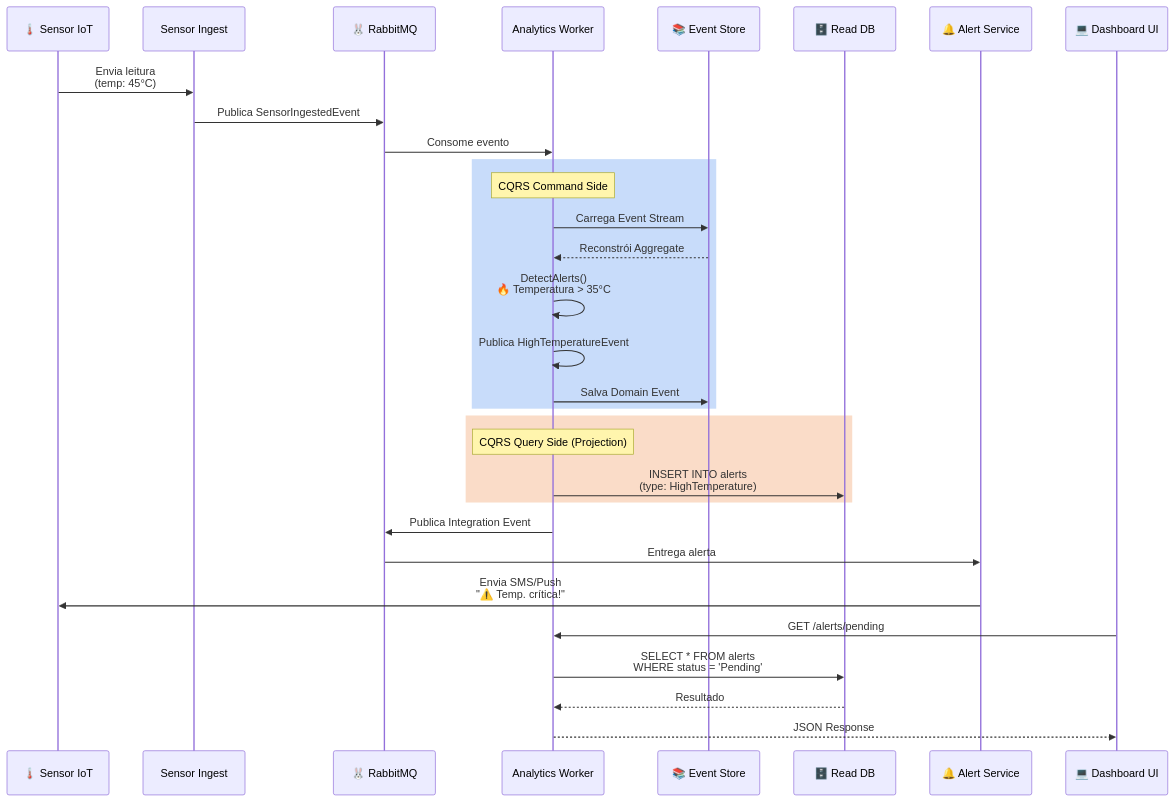
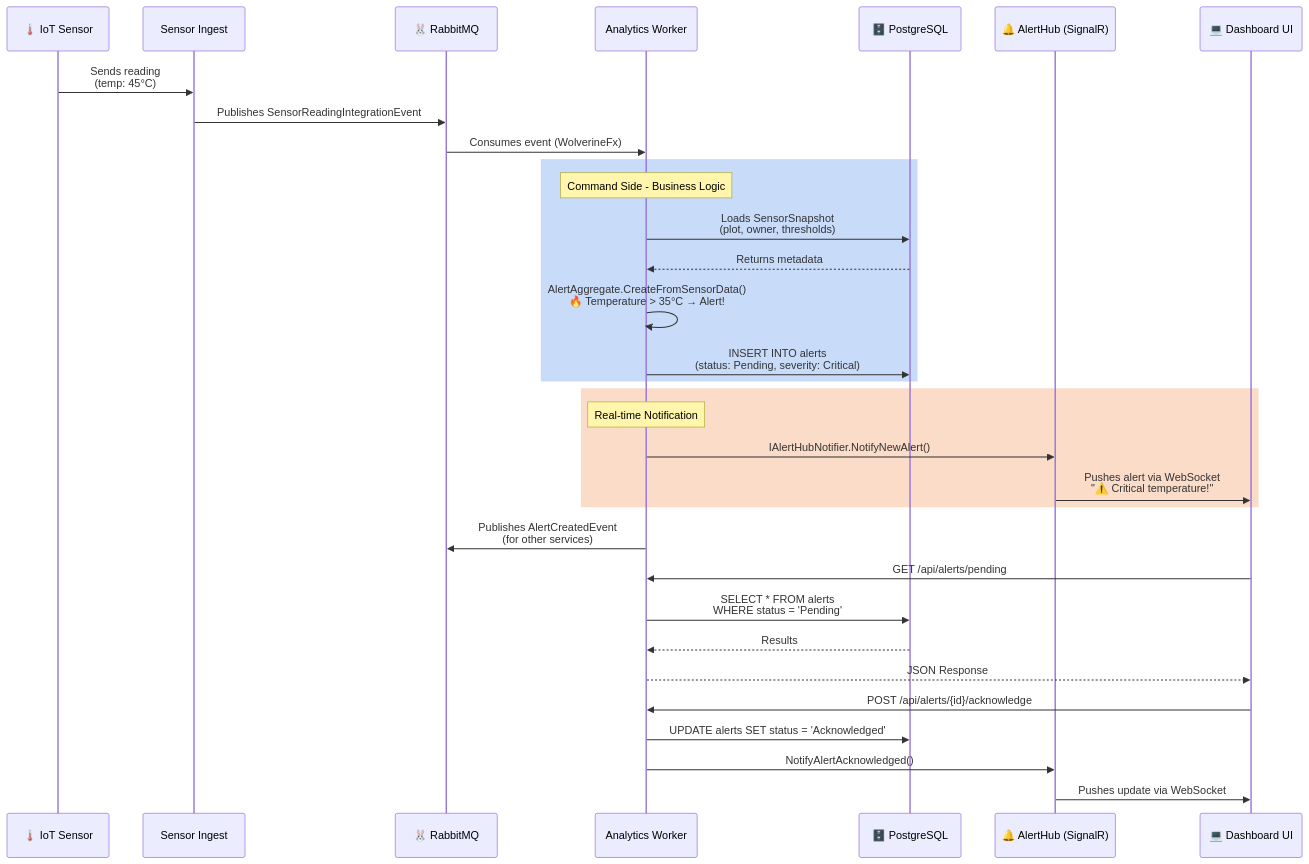
Before and after one commit to rdpresser/tc-agro-analytics-worker: the sixth of 12 diagrams in docs/C4_ARCHITECTURE_DIAGRAMS.md, drawn with Mermaid. The commit also changed other lines of this file and 7 other files, not shown here.

````diff
--- a/docs/C4_ARCHITECTURE_DIAGRAMS.md
+++ b/docs/C4_ARCHITECTURE_DIAGRAMS.md
@@ -285,39 +355,41 @@
 ```mermaid
 sequenceDiagram
-    participant Sensor as 🌡️ Sensor IoT
+    participant Sensor as 🌡️ IoT Sensor
     participant Ingest as Sensor Ingest
     participant RabbitMQ as 🐰 RabbitMQ
     participant Worker as Analytics Worker
-    participant Marten as 📚 Event Store
-    participant Postgres as 🗄️ Read DB
-    participant Alert as 🔔 Alert Service
+    participant Postgres as 🗄️ PostgreSQL
+    participant Hub as 🔔 AlertHub (SignalR)
     participant UI as 💻 Dashboard UI
-    
-    Sensor->>Ingest: Envia leitura<br/>(temp: 45°C)
-    Ingest->>RabbitMQ: Publica SensorIngestedEvent
-    
-    RabbitMQ->>Worker: Consome evento
-    
+
+    Sensor->>Ingest: Sends reading<br/>(temp: 45°C)
+    Ingest->>RabbitMQ: Publishes SensorReadingIntegrationEvent
+
+    RabbitMQ->>Worker: Consumes event (WolverineFx)
+
     rect rgb(200, 220, 250)
-        Note over Worker: CQRS Command Side
-        Worker->>Marten: Carrega Event Stream
-        Marten-->>Worker: Reconstrói Aggregate
-        Worker->>Worker: DetectAlerts()<br/>🔥 Temperatura > 35°C
-        Worker->>Worker: Publica HighTemperatureEvent
-        Worker->>Marten: Salva Domain Event
+        Note over Worker: Command Side - Business Logic
+        Worker->>Postgres: Loads SensorSnapshot<br/>(plot, owner, thresholds)
+        Postgres-->>Worker: Returns metadata
+        Worker->>Worker: AlertAggregate.CreateFromSensorData()<br/>🔥 Temperature > 35°C → Alert!
+        Worker->>Postgres: INSERT INTO alerts<br/>(status: Pending, severity: Critical)
     end
-    
+
     rect rgb(250, 220, 200)
-        Note over Worker: CQRS Query Side (Projection)
-        Worker->>Postgres: INSERT INTO alerts<br/>(type: HighTemperature)
+        Note over Worker: Real-time Notification
+        Worker->>Hub: IAlertHubNotifier.NotifyNewAlert()
+        Hub->>UI: Pushes alert via WebSocket<br/>"⚠️ Critical temperature!"
     end
-    
-    Worker->>RabbitMQ: Publica Integration Event
-    RabbitMQ->>Alert: Entrega alerta
-    Alert->>Sensor: Envia SMS/Push<br/>"⚠️ Temp. crítica!"
-    
-    UI->>Worker: GET /alerts/pending
+
+    Worker->>RabbitMQ: Publishes AlertCreatedEvent<br/>(for other services)
+
+    UI->>Worker: GET /api/alerts/pending
     Worker->>Postgres: SELECT * FROM alerts<br/>WHERE status = 'Pending'
-    Postgres-->>Worker: Resultado
+    Postgres-->>Worker: Results
     Worker-->>UI: JSON Response
+
+    UI->>Worker: POST /api/alerts/{id}/acknowledge
+    Worker->>Postgres: UPDATE alerts SET status = 'Acknowledged'
+    Worker->>Hub: NotifyAlertAcknowledged()
+    Hub->>UI: Pushes update via WebSocket
 ```
````
